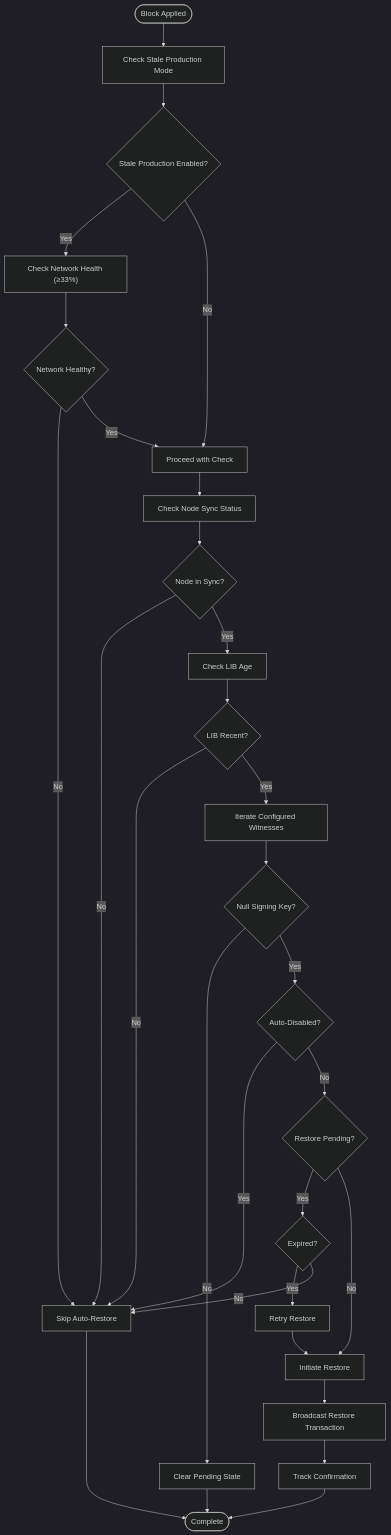
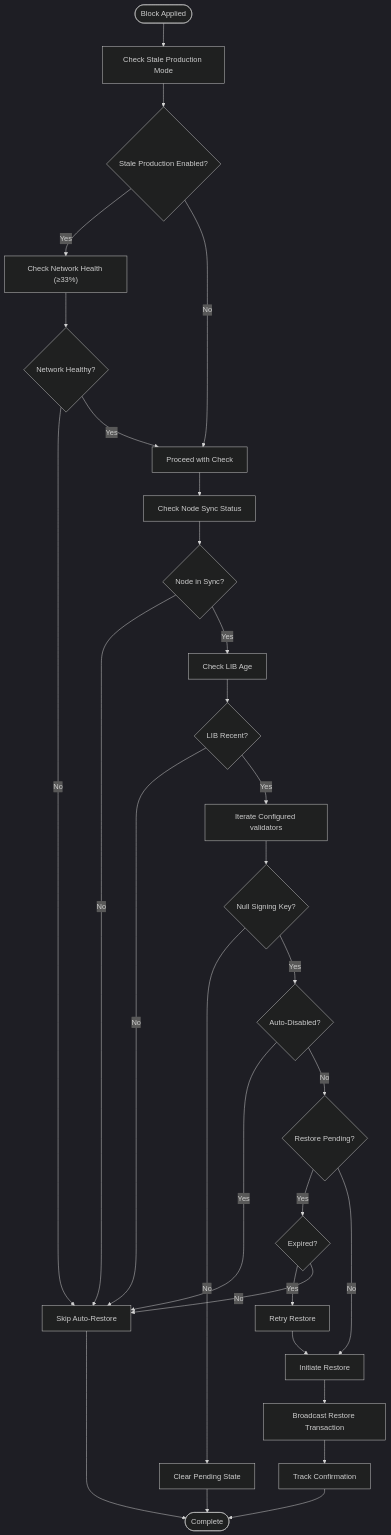
Before and after one commit to VIZ-Blockchain/viz-cpp-node: the third of 4 diagrams in .qoder/repowiki/en/content/Plugin System/Witness Guard Plugin.md, drawn with Mermaid (dark theme). The commit also changed other lines of this file and 88 other files, not shown here.

````diff
--- a/.qoder/repowiki/en/content/Plugin System/Witness Guard Plugin.md
+++ b/.qoder/repowiki/en/content/Plugin System/Witness Guard Plugin.md
@@ -163,32 +163,32 @@
 ```mermaid
 flowchart TD
 Start([Block Applied]) --> CheckStale["Check Stale Production Mode"]
 CheckStale --> StaleEnabled{"Stale Production Enabled?"}
 StaleEnabled --> |Yes| CheckHealth["Check Network Health (≥33%)"]
 CheckHealth --> Healthy{"Network Healthy?"}
 Healthy --> |No| SkipRestore["Skip Auto-Restore"]
 Healthy --> |Yes| Proceed["Proceed with Check"]
 StaleEnabled --> |No| Proceed
 Proceed --> CheckSync["Check Node Sync Status"]
 CheckSync --> SyncOK{"Node in Sync?"}
 SyncOK --> |No| SkipRestore
 SyncOK --> |Yes| CheckLIB["Check LIB Age"]
 CheckLIB --> LIBOK{"LIB Recent?"}
 LIBOK --> |No| SkipRestore
-LIBOK --> |Yes| CheckWitnesses["Iterate Configured Witnesses"]
+LIBOK --> |Yes| CheckWitnesses["Iterate Configured validators"]
 CheckWitnesses --> NullKey{"Null Signing Key?"}
 NullKey --> |No| ClearState["Clear Pending State"]
 NullKey --> |Yes| CheckAutoDisabled{"Auto-Disabled?"}
 CheckAutoDisabled --> |Yes| SkipRestore
 CheckAutoDisabled --> |No| CheckPending{"Restore Pending?"}
 CheckPending --> |Yes| CheckExpire{"Expired?"}
 CheckExpire --> |Yes| RetryRestore["Retry Restore"]
 CheckExpire --> |No| SkipRestore
 CheckPending --> |No| InitiateRestore["Initiate Restore"]
 RetryRestore --> InitiateRestore
 InitiateRestore --> BroadcastTx["Broadcast Restore Transaction"]
 BroadcastTx --> TrackConfirm["Track Confirmation"]
 ClearState --> End([Complete])
 TrackConfirm --> End
 SkipRestore --> End
 ```
````
